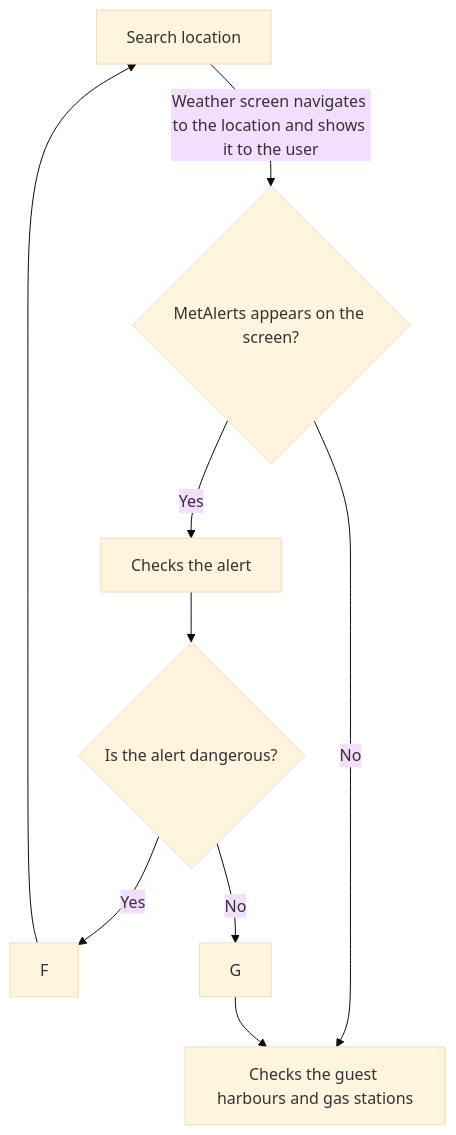
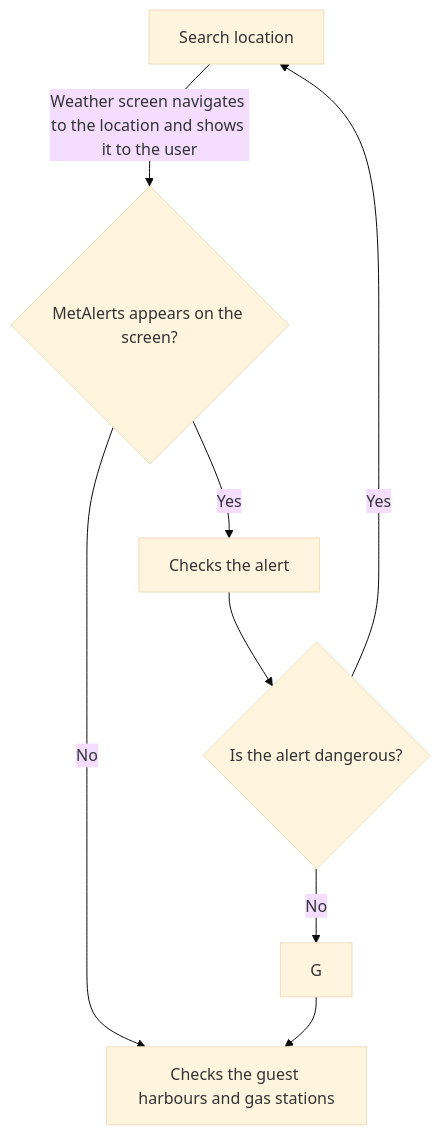
The second of 2 diagrams in MODELING.md (ronjainstanes/IN2000-student-project), drawn with Mermaid (base theme) before and after one commit.

Commit message:
Activity diagram start test 9

````diff
--- a/MODELING.md
+++ b/MODELING.md
@@ -126,9 +126,9 @@
 ```mermaid
 flowchart 
 A[Search location] -->|Weather screen navigates to the location and shows it to the user| B{MetAlerts appears on the screen?}
 B -->|Yes| C[Checks the alert]
 B -->|No| D[Checks the guest harbours and gas stations]
 C--> E{Is the alert dangerous?}
-E-->|Yes| F-->A
+E-->|Yes| A
 E-->|No| G-->D
 ```
````
